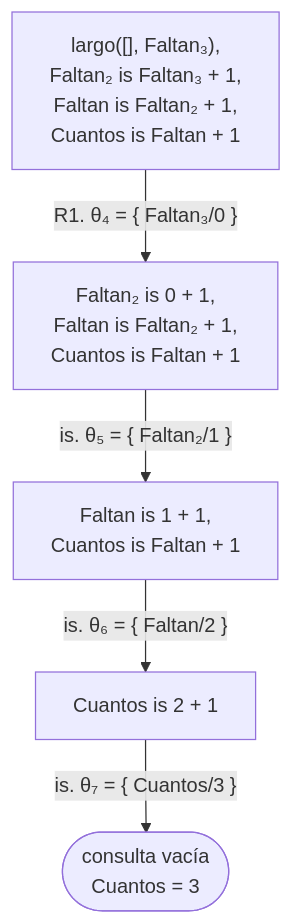
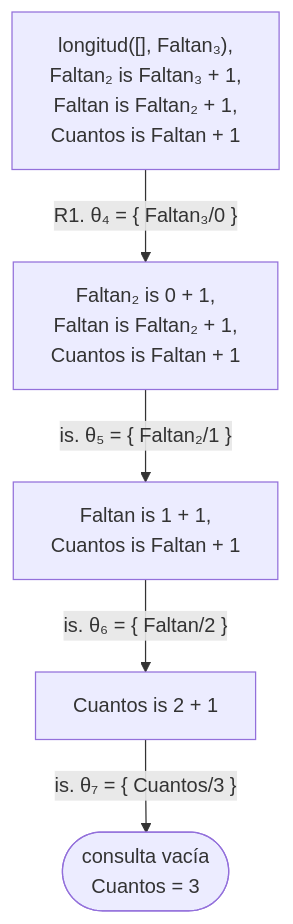
One commit to CesarBallardini/curso-de-prolog changed the sixth of 10 diagrams in docs/capitulo-07-listas/index.md. Above: the diagram before and after it, drawn with Mermaid. The commit also changed other lines of this file and 3274 other files, not shown here.

````diff
--- a/docs/capitulo-07-listas/index.md
+++ b/docs/capitulo-07-listas/index.md
@@ -364,8 +364,8 @@
 ```mermaid
 flowchart TD
-    D["largo([], Faltan₃),<br/>Faltan₂ is Faltan₃ + 1,<br/>Faltan is Faltan₂ + 1,<br/>Cuantos is Faltan + 1"]
+    D["longitud([], Faltan₃),<br/>Faltan₂ is Faltan₃ + 1,<br/>Faltan is Faltan₂ + 1,<br/>Cuantos is Faltan + 1"]
     D -- "R1. θ₄ = {&nbsp;Faltan₃/0&nbsp;}" --> E["Faltan₂ is 0 + 1,<br/>Faltan is Faltan₂ + 1,<br/>Cuantos is Faltan + 1"]
     E -- "is. θ₅ = {&nbsp;Faltan₂/1&nbsp;}" --> F["Faltan is 1 + 1,<br/>Cuantos is Faltan + 1"]
     F -- "is. θ₆ = {&nbsp;Faltan/2&nbsp;}" --> G["Cuantos is 2 + 1"]
     G -- "is. θ₇ = {&nbsp;Cuantos/3&nbsp;}" --> S(["consulta vacía<br/>Cuantos = 3"])
 ```
````
